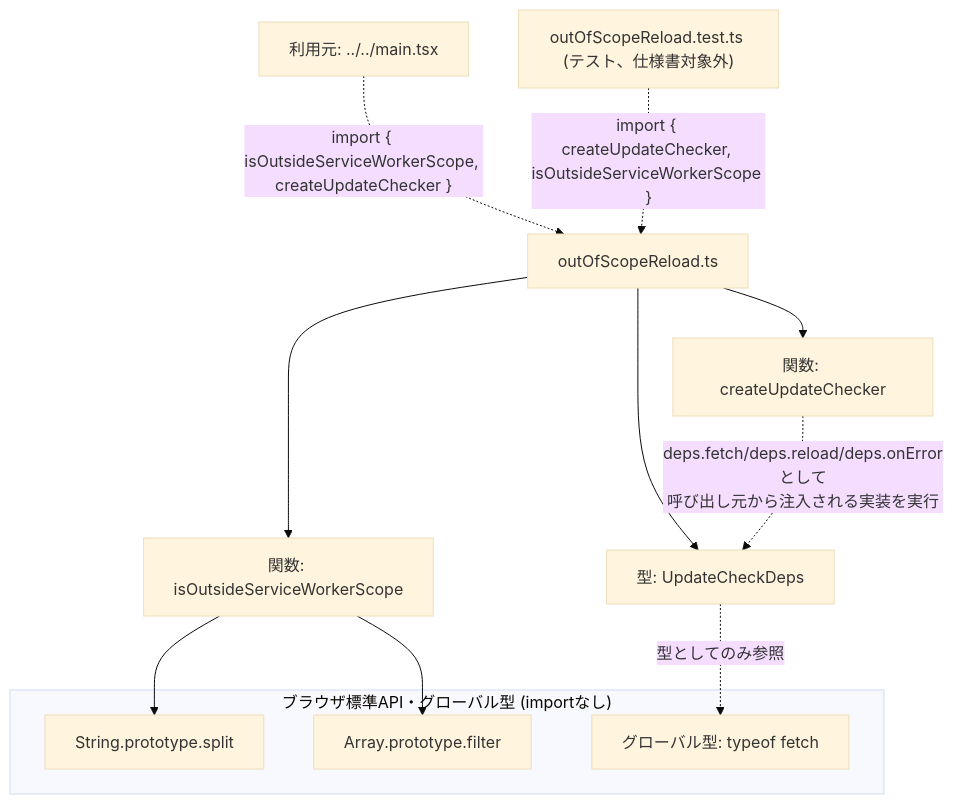
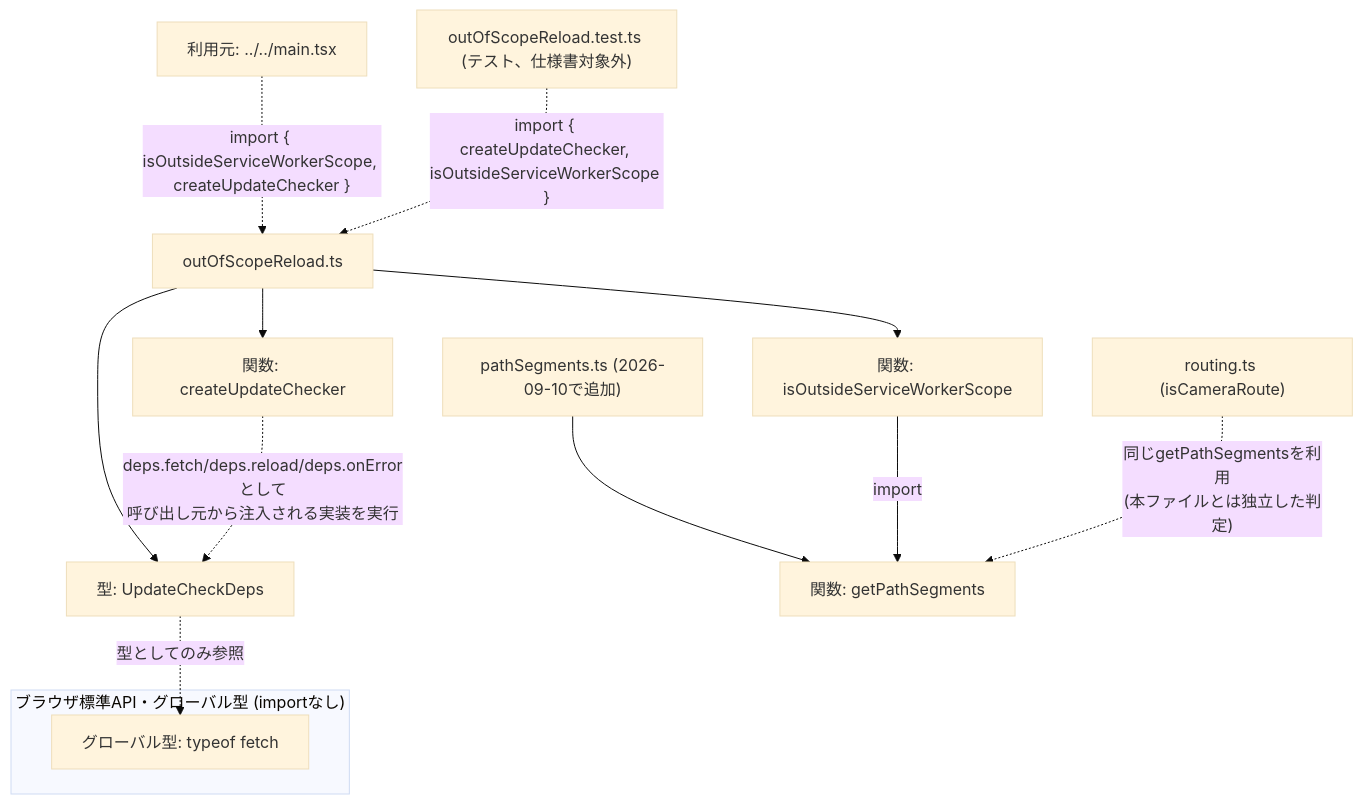
One commit to mmtigers/my_python_project changed the third of 3 diagrams in docs/specifications/family-quest/src/lib/outOfScopeReload.md. Above: the diagram before and after it, drawn with Mermaid (base theme). The commit also changed other lines of this file and 8 other files, not shown here.

````diff
--- a/docs/specifications/family-quest/src/lib/outOfScopeReload.md
+++ b/docs/specifications/family-quest/src/lib/outOfScopeReload.md
@@ -108,20 +110,20 @@
 ```mermaid
 graph TD
     OutOfScopeReloadTs["outOfScopeReload.ts"] --> IsOutside["関数: isOutsideServiceWorkerScope"]
     OutOfScopeReloadTs --> CreateChecker["関数: createUpdateChecker"]
     OutOfScopeReloadTs --> DepsType["型: UpdateCheckDeps"]
 
+    PathSegmentsTs["pathSegments.ts (2026-09-10で追加)"] --> GetSegmentsFn["関数: getPathSegments"]
+    IsOutside -->|import| GetSegmentsFn
+
     subgraph "ブラウザ標準API・グローバル型 (importなし)"
-        StringSplit["String.prototype.split"]
-        ArrayFilter["Array.prototype.filter"]
         FetchType["グローバル型: typeof fetch"]
     end
 
-    IsOutside --> StringSplit
-    IsOutside --> ArrayFilter
     DepsType -.->|型としてのみ参照| FetchType
     CreateChecker -.->|deps.fetch/deps.reload/deps.onErrorとして<br>呼び出し元から注入される実装を実行| DepsType
 
     MainTsx["利用元: ../../main.tsx"] -.->|"import { isOutsideServiceWorkerScope, createUpdateChecker }"| OutOfScopeReloadTs
+    RoutingTs["routing.ts (isCameraRoute)"] -.->|"同じgetPathSegmentsを利用<br>(本ファイルとは独立した判定)"| GetSegmentsFn
     TestTs["outOfScopeReload.test.ts (テスト、仕様書対象外)"] -.->|"import { createUpdateChecker, isOutsideServiceWorkerScope }"| OutOfScopeReloadTs
 ```
````
